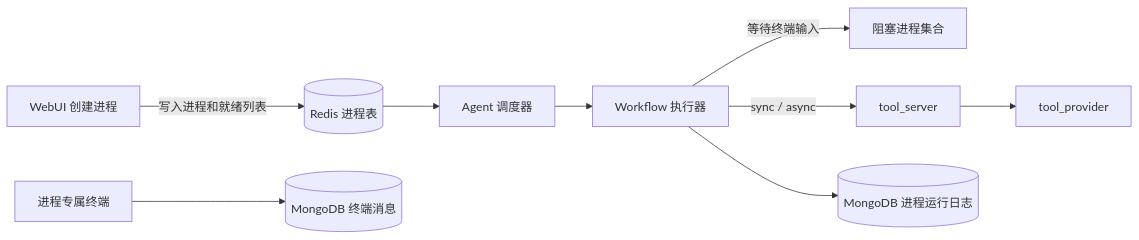
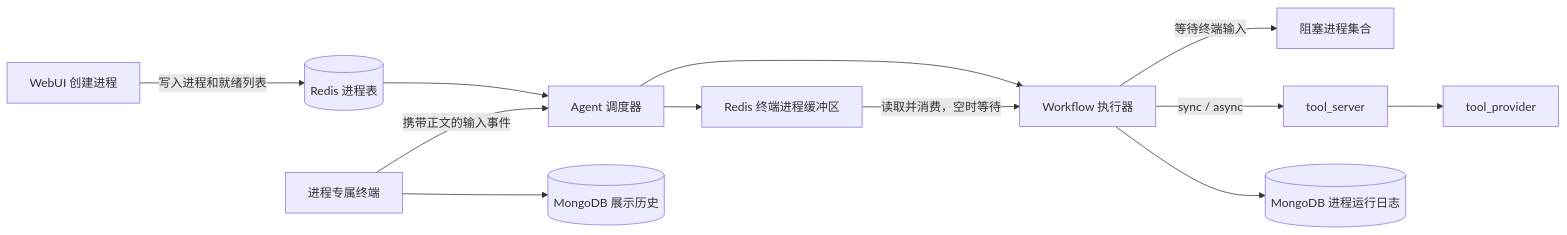
One commit to g-Ironfox/AAgent changed the diagram in README.md. Above: the diagram before and after it, drawn with Mermaid. The commit also changed other lines of this file and 38 other files, not shown here.

````diff
--- a/README.md
+++ b/README.md
@@ -93,11 +93,14 @@
 ```mermaid
 flowchart LR
     WebUI[WebUI 创建进程] -->|写入进程和就绪列表| Redis[(Redis 进程表)]
     Redis --> Scheduler[Agent 调度器]
     Scheduler --> Executor[Workflow 执行器]
     Executor -->|等待终端输入| Blocked[阻塞进程集合]
-    Terminal[进程专属终端] --> Messages[(MongoDB 终端消息)]
+    Terminal[进程专属终端] --> Messages[(MongoDB 展示历史)]
+    Terminal -->|携带正文的输入事件| Scheduler
+    Scheduler --> Buffer[Redis 终端进程缓冲区]
+    Buffer -->|读取并消费，空时等待| Executor
     Executor -->|sync / async| ToolServer[tool_server]
     ToolServer --> Provider[tool_provider]
     Executor --> Logs[(MongoDB 进程运行日志)]
 ```
````
